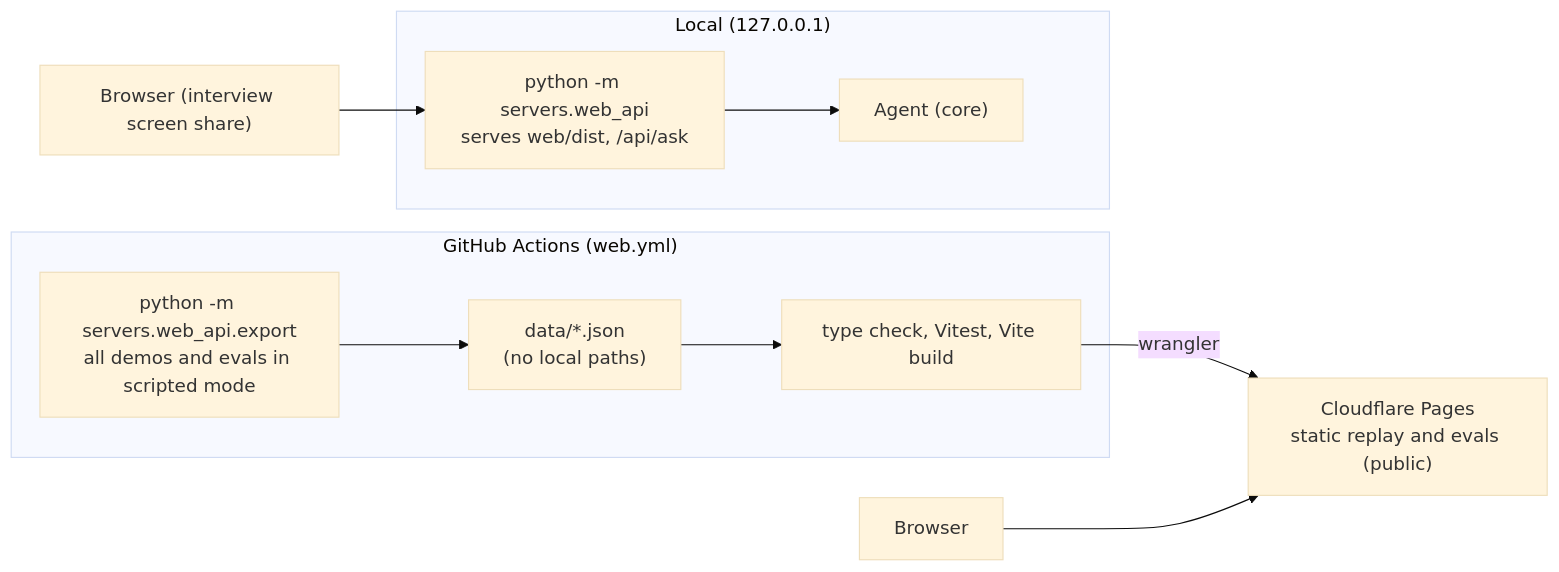
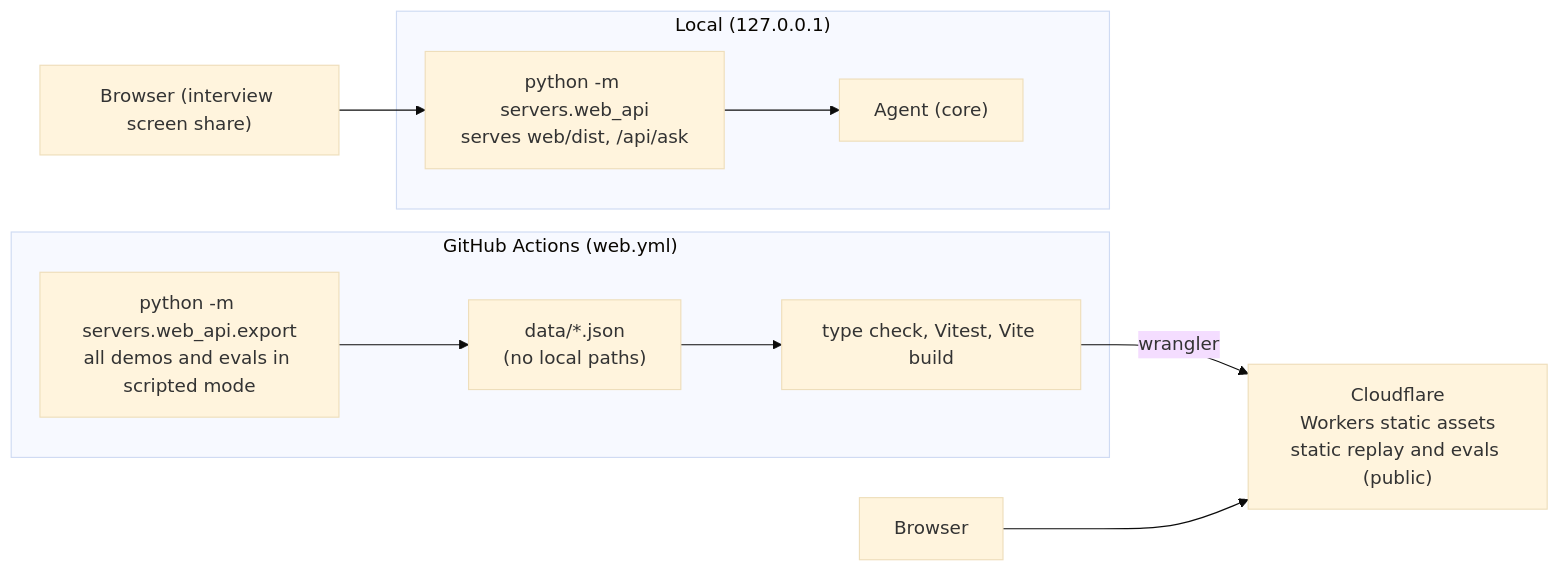
Before and after one commit to hexinlong9981/echolab: the third of 3 diagrams in docs/architecture.en.md, drawn with Mermaid (base theme). The commit also changed other lines of this file and 18 other files, not shown here.

First line of the commit message:
M5: Cloudflare への公開を Workers の静的アセット（wrangler deploy・web/wrangler.jsonc）に変更し、公開 URL を記載

````diff
--- a/docs/architecture.en.md
+++ b/docs/architecture.en.md
@@ -206,13 +206,13 @@
 ```mermaid
 flowchart LR
   subgraph CI["GitHub Actions (web.yml)"]
     EX["python -m servers.web_api.export<br/>all demos and evals in scripted mode"] --> JSON["data/*.json<br/>(no local paths)"]
     JSON --> B["type check, Vitest, Vite build"]
   end
-  B -->|wrangler| CF["Cloudflare Pages<br/>static replay and evals (public)"]
+  B -->|wrangler| CF["Cloudflare<br/>Workers static assets<br/>static replay and evals (public)"]
   subgraph LOCAL["Local (127.0.0.1)"]
     API["python -m servers.web_api<br/>serves web/dist, /api/ask"] --> AG["Agent (core)"]
   end
   BR["Browser"] --> CF
   BR2["Browser (interview screen share)"] --> API
 ```
````
